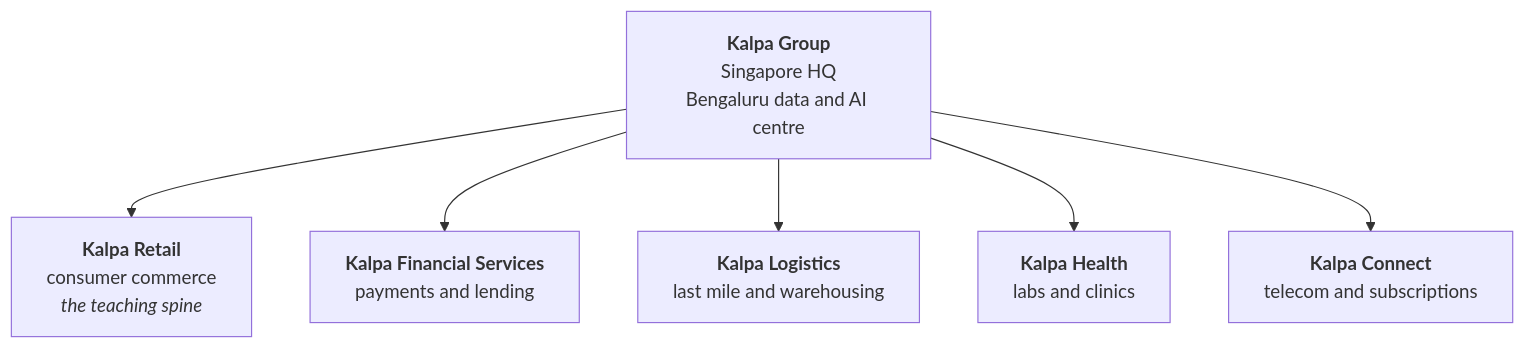
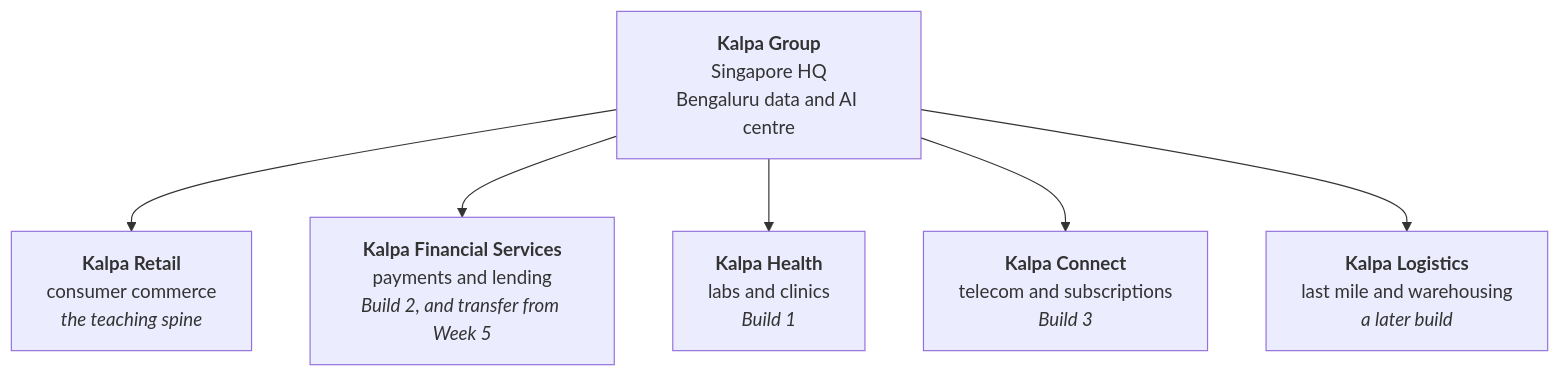
Before and after one commit to fde-academy-lab/c2-content-factory: the first of 3 diagrams in wiki/The-Kalpa-world.md, drawn with Mermaid. The commit also changed other lines of this file and 9 other files, not shown here.

````diff
--- a/wiki/The-Kalpa-world.md
+++ b/wiki/The-Kalpa-world.md
@@ -24,9 +87,9 @@
 ```mermaid
 flowchart TB
     K["<b>Kalpa Group</b><br/>Singapore HQ<br/>Bengaluru data and AI centre"]
     K --> R["<b>Kalpa Retail</b><br/>consumer commerce<br/><i>the teaching spine</i>"]
-    K --> F["<b>Kalpa Financial Services</b><br/>payments and lending"]
-    K --> L["<b>Kalpa Logistics</b><br/>last mile and warehousing"]
-    K --> H["<b>Kalpa Health</b><br/>labs and clinics"]
-    K --> C["<b>Kalpa Connect</b><br/>telecom and subscriptions"]
+    K --> F["<b>Kalpa Financial Services</b><br/>payments and lending<br/><i>Build 2, and transfer from Week 5</i>"]
+    K --> H["<b>Kalpa Health</b><br/>labs and clinics<br/><i>Build 1</i>"]
+    K --> C["<b>Kalpa Connect</b><br/>telecom and subscriptions<br/><i>Build 3</i>"]
+    K --> L["<b>Kalpa Logistics</b><br/>last mile and warehousing<br/><i>a later build</i>"]
 ```
````
